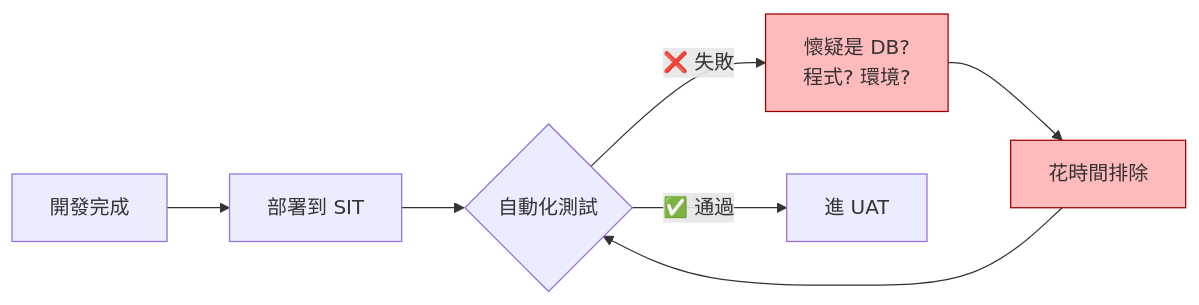
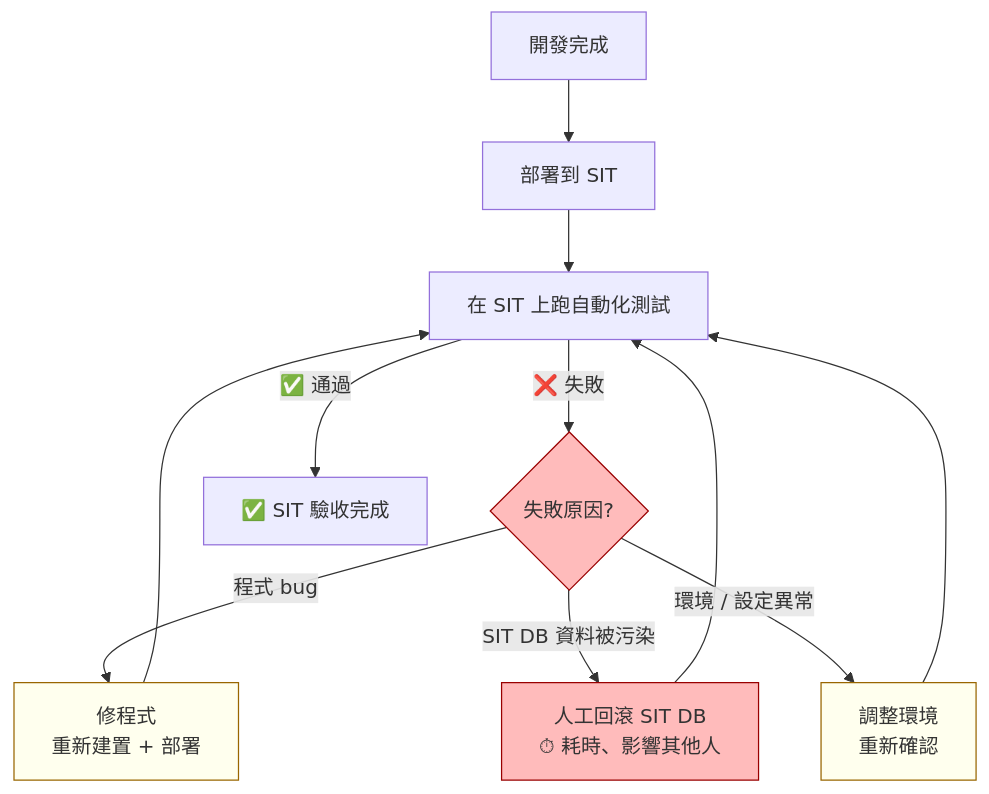
One commit to ChunPingWang/pre-site-tutorial changed the first of 16 diagrams in README.md. Above: the diagram before and after it, drawn with Mermaid. The commit also changed other lines of this file, not shown here.

Commit message:
docs(readme): 重寫 §1.1 真實世界的痛點
- 流程圖改為 TD（上下）佈局，明確呈現三種失敗原因分支：
  程式 bug、SIT DB 污染（含人工回滾耗時說明）、環境異常
- 移除 UAT，結尾改為 SIT 驗收完成
- 痛點表格新增「回滾 SIT DB 影響其他人」與「根因難定位」兩項

````diff
--- a/README.md
+++ b/README.md
@@ -40,12 +40,18 @@
 ```mermaid
-flowchart LR
-    A[開發完成] --> B[部署到 SIT]
-    B --> C{自動化測試}
-    C -->|❌ 失敗| D[懷疑是 DB?<br/>程式? 環境?]
-    D --> E[花時間排除]
-    E --> C
-    C -->|✅ 通過| F[進 UAT]
+flowchart TD
+    DEV[開發完成] --> DEPLOY[部署到 SIT]
+    DEPLOY --> TEST[在 SIT 上跑自動化測試]
+    TEST -->|❌ 失敗| DEBUG{失敗原因?}
+    DEBUG -->|程式 bug| FIX[修程式<br/>重新建置 + 部署]
+    DEBUG -->|SIT DB 資料被污染| ROLLBACK[人工回滾 SIT DB<br/>⏱ 耗時、影響其他人]
+    DEBUG -->|環境 / 設定異常| ENV[調整環境<br/>重新確認]
+    FIX --> TEST
+    ROLLBACK --> TEST
+    ENV --> TEST
+    TEST -->|✅ 通過| OK[✅ SIT 驗收完成]
 
-    style D fill:#fbb,stroke:#900
-    style E fill:#fbb,stroke:#900
+    style DEBUG fill:#fbb,stroke:#900
+    style ROLLBACK fill:#fbb,stroke:#900
+    style FIX fill:#ffe,stroke:#960
+    style ENV fill:#ffe,stroke:#960
 ```
````
